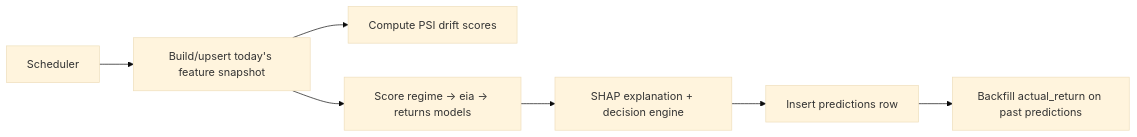
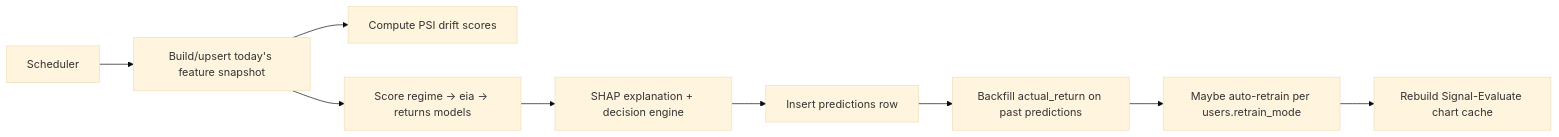
Before and after one commit to skang10/oil-signalyst: the third of 4 diagrams in docs/architecture.md, drawn with Mermaid (base theme). The commit also changed other lines of this file and 2 other files, not shown here.

First line of the commit message:
docs(architecture): bring all three architecture docs to current state

````diff
--- a/docs/architecture.md
+++ b/docs/architecture.md
@@ -97,9 +104,11 @@
 ```mermaid
 flowchart LR
     Scheduler --> Snapshot[Build/upsert today's feature snapshot]
     Snapshot --> PSI[Compute PSI drift scores]
     Snapshot --> Predict[Score regime -> eia -> returns models]
     Predict --> Explain[SHAP explanation + decision engine]
     Explain --> Store[Insert predictions row]
     Store --> Backfill[Backfill actual_return on past predictions]
+    Backfill --> AutoRetrain[Maybe auto-retrain per users.retrain_mode]
+    AutoRetrain --> Prewarm[Rebuild Signal-Evaluate chart cache]
 ```
````
